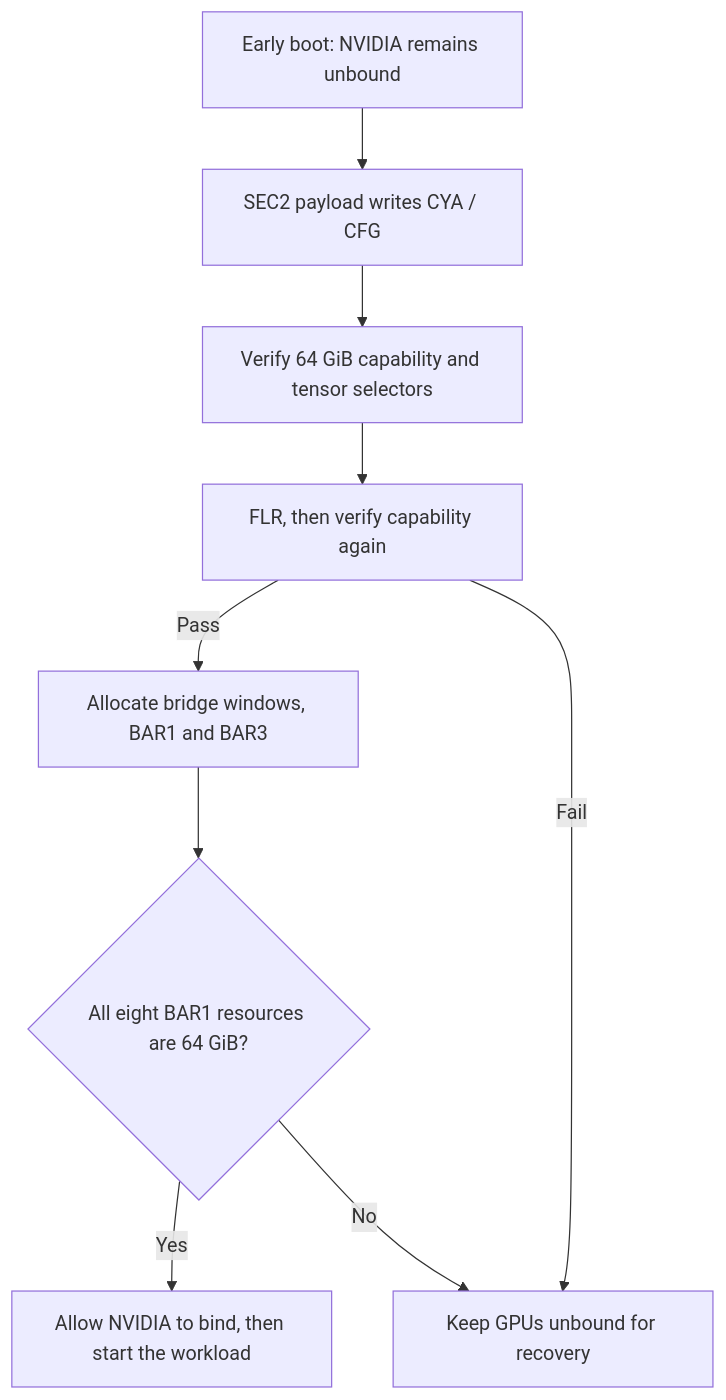
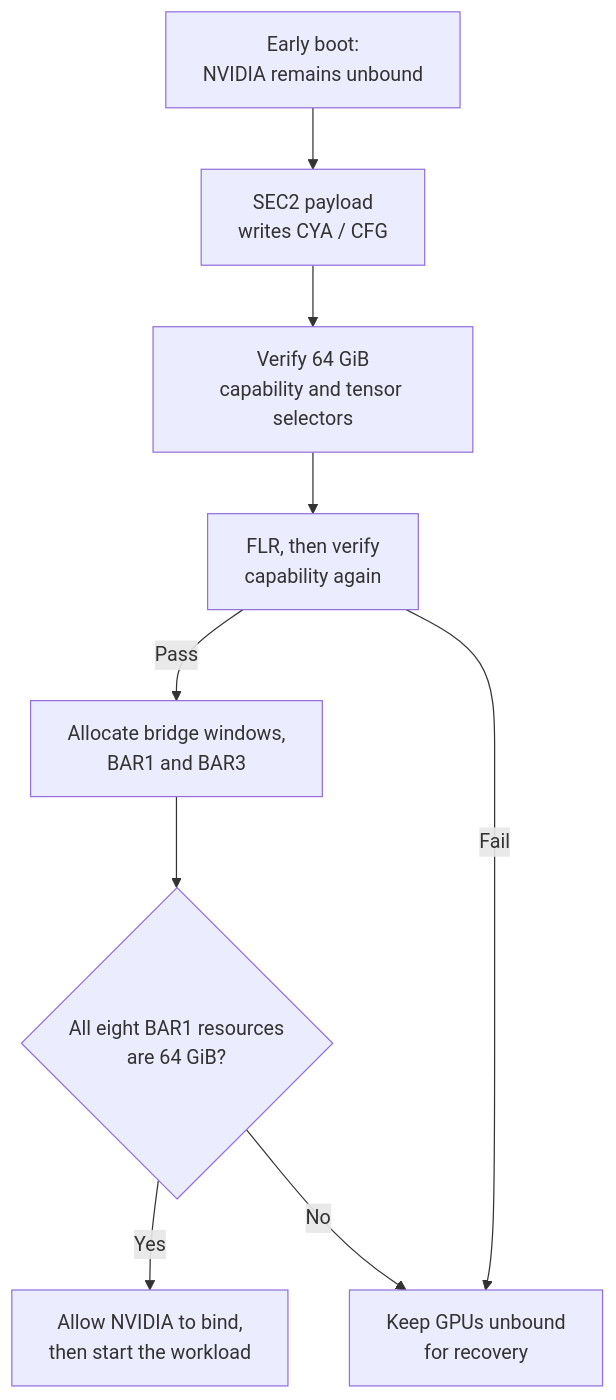
Before and after one commit to 84634E1A607A/gpu-unlock-4090-48g-64g-bar1: the diagram in README.md, drawn with Mermaid. The commit also changed other lines of this file, not shown here.

Commit message:
Fixes blog url and mermaid

````diff
--- a/README.md
+++ b/README.md
@@ -28,11 +28,11 @@
 ```mermaid
 flowchart TD
-    A["Early boot: NVIDIA remains unbound"] --> B["SEC2 payload writes CYA / CFG"]
-    B --> C["Verify 64 GiB capability and tensor selectors"]
-    C --> D["FLR, then verify capability again"]
-    D -->|Pass| E["Allocate bridge windows, BAR1 and BAR3"]
-    D -->|Fail| H["Keep GPUs unbound for recovery"]
-    E --> F{"All eight BAR1 resources are 64 GiB?"}
-    F -->|Yes| G["Allow NVIDIA to bind, then start the workload"]
+    A["Early boot:<br>NVIDIA remains unbound"] --> B["SEC2 payload<br>writes CYA / CFG"]
+    B --> C["Verify 64 GiB<br>capability and tensor selectors"]
+    C --> D["FLR, then verify<br>capability again"]
+    D -->|Pass| E["Allocate bridge windows,<br>BAR1 and BAR3"]
+    D -->|Fail| H["Keep GPUs unbound<br>for recovery"]
+    E --> F{"All eight BAR1 resources<br>are 64 GiB?"}
+    F -->|Yes| G["Allow NVIDIA to bind,<br>then start the workload"]
     F -->|No| H
 ```
````
